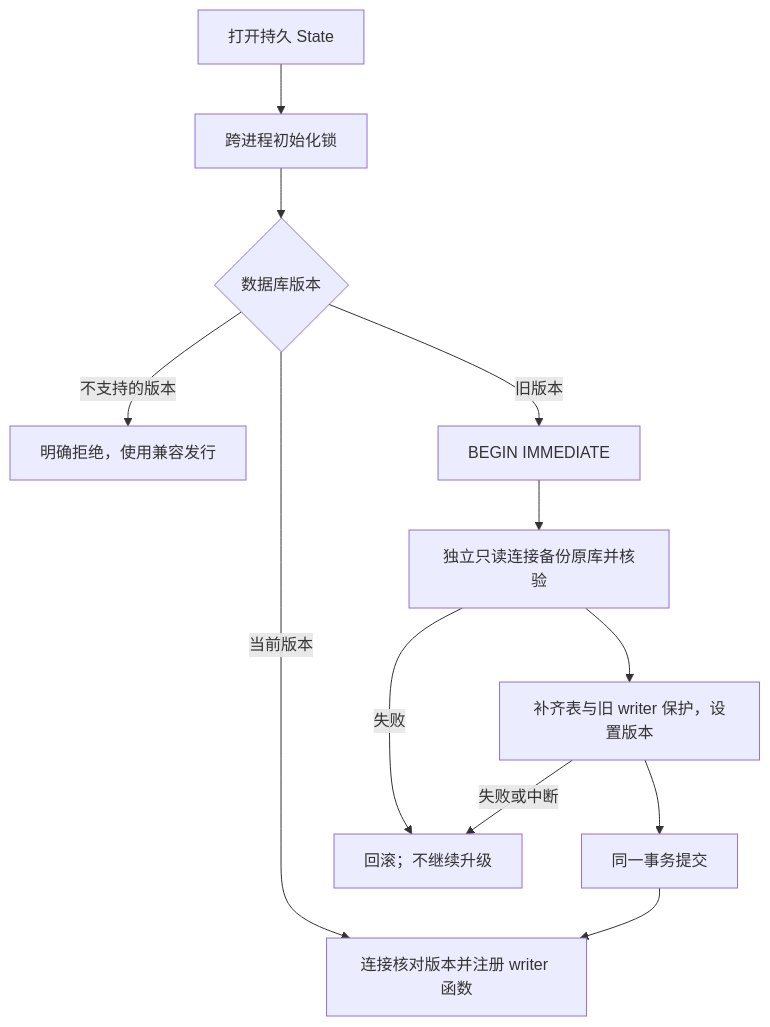
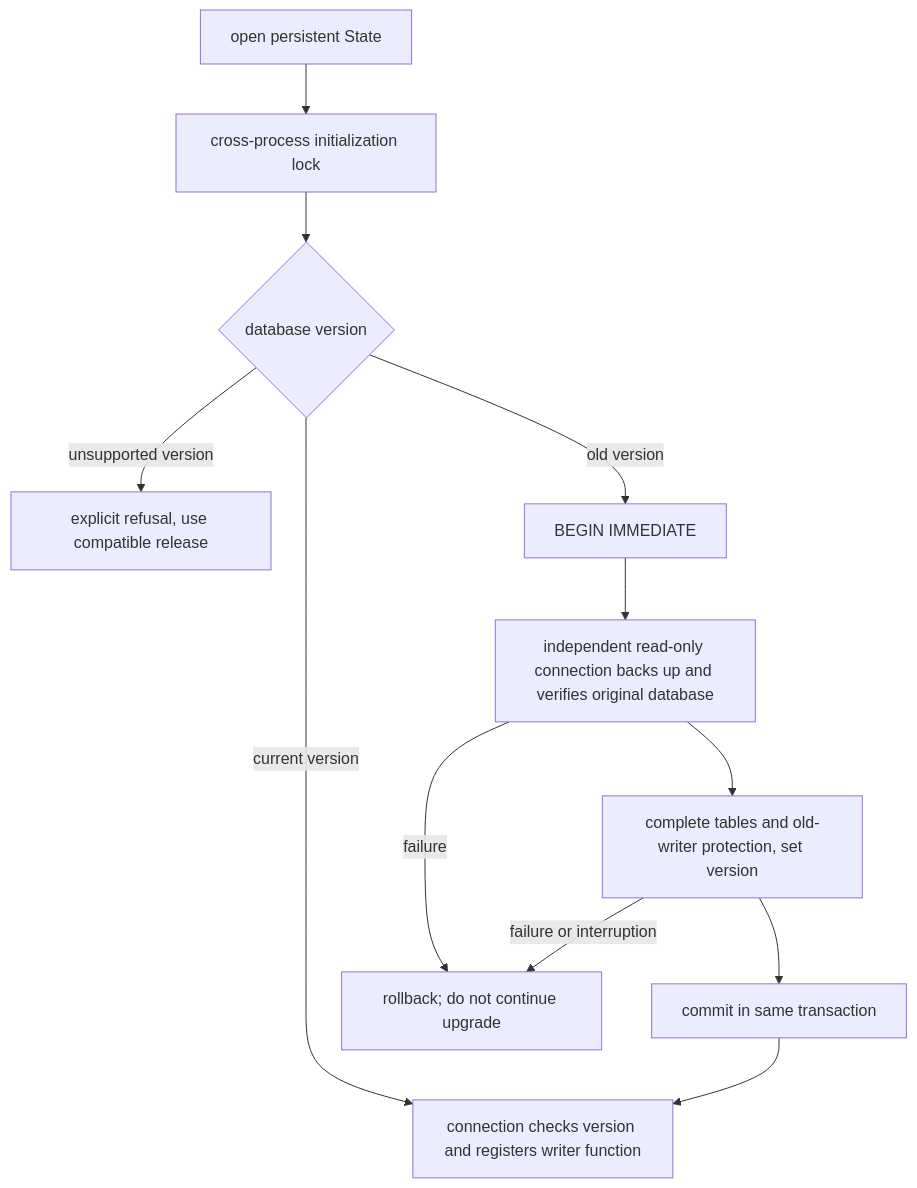
The first of 2 diagrams in docs/architecture/state-migrations.md (626619403/Ergora), drawn with Mermaid before and after one commit. The commit also changed other lines of this file and 439 other files, not shown here.

````diff
--- a/docs/architecture/state-migrations.md
+++ b/docs/architecture/state-migrations.md
@@ -19,14 +22,14 @@
 ```mermaid
 flowchart TD
-  Open[打开持久 State] --> Lock[跨进程初始化锁]
-  Lock --> Version{数据库版本}
-  Version -->|当前版本| Ready[连接核对版本并注册 writer 函数]
-  Version -->|不支持的版本| Stop[明确拒绝，使用兼容发行]
-  Version -->|旧版本| Tx[BEGIN IMMEDIATE]
-  Tx --> Backup[独立只读连接备份原库并核验]
-  Backup --> DDL[补齐表与旧 writer 保护，设置版本]
-  DDL --> Commit[同一事务提交]
+  Open[open persistent State] --> Lock[cross-process initialization lock]
+  Lock --> Version{database version}
+  Version -->|current version| Ready[connection checks version and registers writer function]
+  Version -->|unsupported version| Stop[explicit refusal, use compatible release]
+  Version -->|old version| Tx[BEGIN IMMEDIATE]
+  Tx --> Backup[independent read-only connection backs up and verifies original database]
+  Backup --> DDL[complete tables and old-writer protection, set version]
+  DDL --> Commit[commit in same transaction]
   Commit --> Ready
-  Backup -->|失败| Rollback[回滚；不继续升级]
-  DDL -->|失败或中断| Rollback
+  Backup -->|failure| Rollback[rollback; do not continue upgrade]
+  DDL -->|failure or interruption| Rollback
 ```
````
